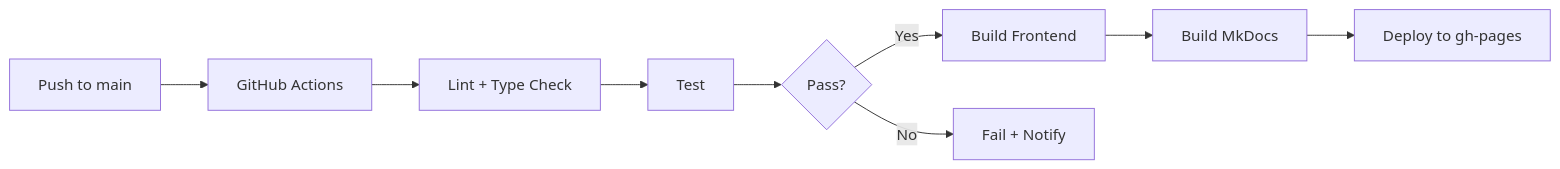
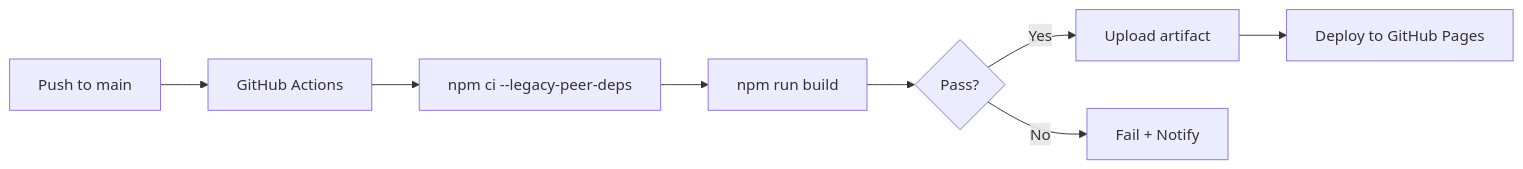
The diagram in docs/deployment.md (yeongseon/safespace), drawn with Mermaid before and after one commit. The commit also changed other lines of this file and 7 other files, not shown here.

````diff
--- a/docs/deployment.md
+++ b/docs/deployment.md
@@ -165,11 +167,10 @@
 ```mermaid
 graph LR
     A[Push to main] --> B[GitHub Actions]
-    B --> C[Lint + Type Check]
-    C --> D[Test]
+    B --> C[npm ci --legacy-peer-deps]
+    C --> D[npm run build]
     D --> E{Pass?}
-    E -->|Yes| F[Build Frontend]
-    F --> G[Build MkDocs]
-    G --> H[Deploy to gh-pages]
-    E -->|No| I[Fail + Notify]
+    E -->|Yes| F[Upload artifact]
+    F --> G[Deploy to GitHub Pages]
+    E -->|No| H[Fail + Notify]
 ```
````
